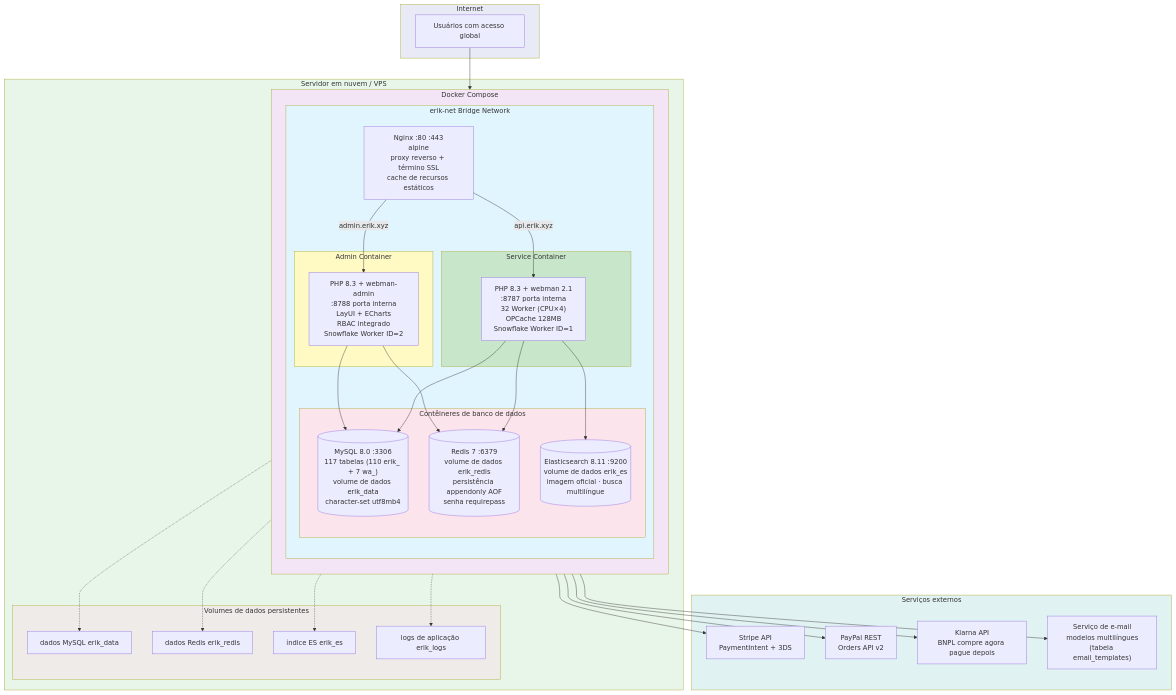
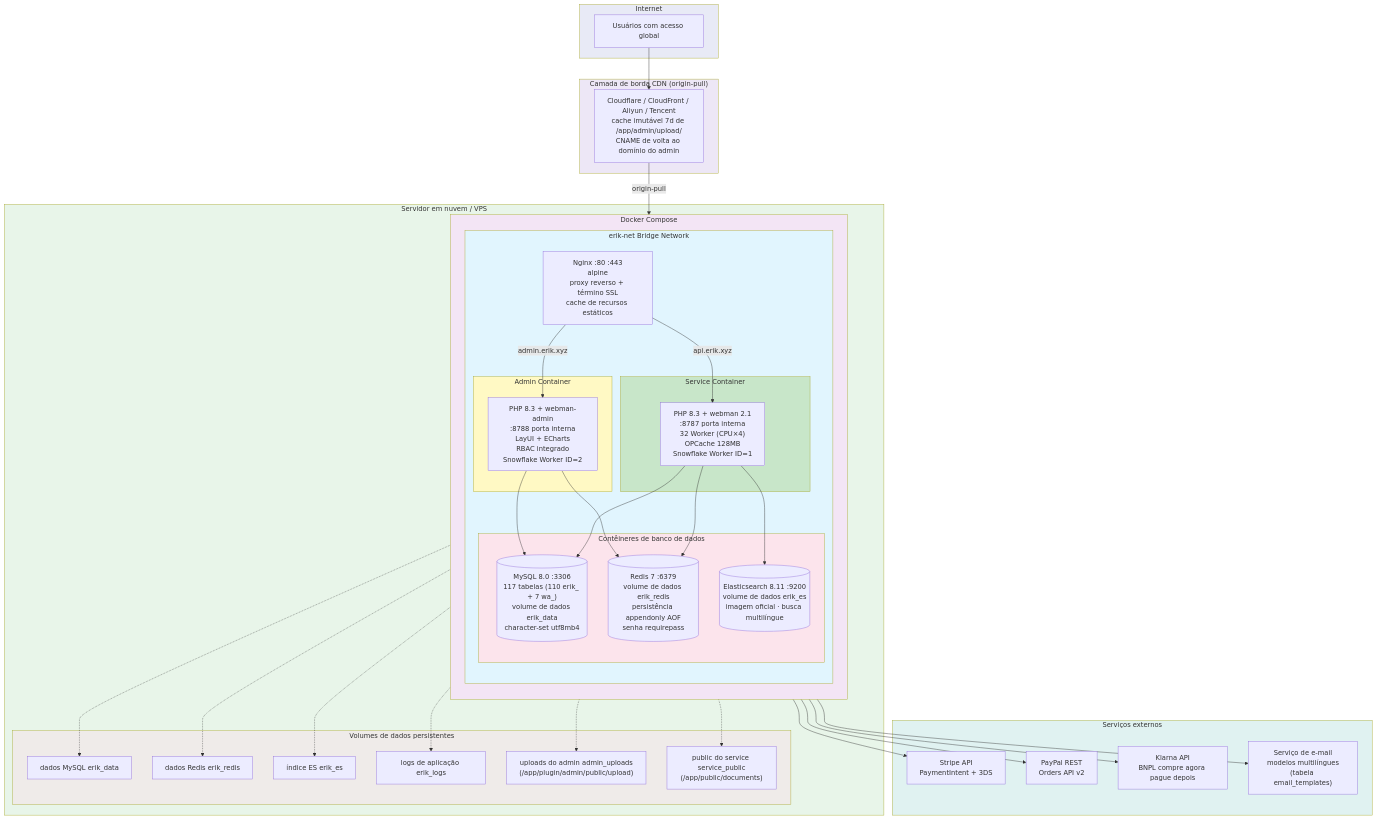
Before and after one commit to erikwang2013/erik-shop: the diagram in docs/i18n/pt/diagrams/06-deployment-architecture.mmd, drawn with Mermaid. The commit also changed 191 other files, not shown here.

First line of the commit message:
v1.2.0：CDN 内容分发接入（Origin-Pull 回源 + 四大云厂商适配 + 管理端配置/刷新/日志 + 上传持久化 + 全文档与12语言i18n同步 + Crypto 捐赠图文入库）

```diff
--- a/docs/i18n/pt/diagrams/06-deployment-architecture.mmd
+++ b/docs/i18n/pt/diagrams/06-deployment-architecture.mmd
@@ -1,71 +1,81 @@
 graph TB
     subgraph Internet["Internet"]
         User["Usuários com acesso global"]
+    end
+
+    subgraph CDN["Camada de borda CDN (origin-pull)"]
+        EDGE["Cloudflare / CloudFront / Aliyun / Tencent<br/>cache imutável 7d de /app/admin/upload/<br/>CNAME de volta ao domínio do admin"]
     end
 
     subgraph VPS["Servidor em nuvem / VPS"]
         subgraph Docker["Docker Compose"]
             direction TB
 
             subgraph Net["erik-net Bridge Network"]
                 direction TB
 
                 NGX["Nginx :80 :443<br/>alpine<br/>proxy reverso + término SSL<br/>cache de recursos estáticos"]
 
                 subgraph PHP_Service["Service Container"]
                     SVC["PHP 8.3 + webman 2.1<br/>:8787 porta interna<br/>32 Worker (CPU×4)<br/>OPCache 128MB<br/>Snowflake Worker ID=1"]
                 end
 
                 subgraph PHP_Admin["Admin Container"]
                     ADM["PHP 8.3 + webman-admin<br/>:8788 porta interna<br/>LayUI + ECharts<br/>RBAC integrado<br/>Snowflake Worker ID=2"]
                 end
 
                 subgraph DB["Contêineres de banco de dados"]
                     MYSQL[("MySQL 8.0 :3306<br/>117 tabelas (110 erik_ + 7 wa_)<br/>volume de dados erik_data<br/>character-set utf8mb4")]
                     REDIS[("Redis 7 :6379<br/>volume de dados erik_redis<br/>persistência appendonly AOF<br/>senha requirepass")]
                     ES[("Elasticsearch 8.11 :9200<br/>volume de dados erik_es<br/>imagem oficial · busca multilíngue")]
                 end
             end
         end
 
         subgraph Volumes["Volumes de dados persistentes"]
             V1["dados MySQL erik_data"]
             V2["dados Redis erik_redis"]
             V3["índice ES erik_es"]
             V4["logs de aplicação erik_logs"]
+            V5["uploads do admin admin_uploads<br/>(/app/plugin/admin/public/upload)"]
+            V6["public do service service_public<br/>(/app/public/documents)"]
         end
     end
 
     subgraph External["Serviços externos"]
         Stripe["Stripe API<br/>PaymentIntent + 3DS"]
         PayPal["PayPal REST<br/>Orders API v2"]
         Klarna["Klarna API<br/>BNPL compre agora pague depois"]
         SMTP["Serviço de e-mail<br/>modelos multilíngues<br/>(tabela email_templates)"]
     end
 
-    User --> NGX
+    User --> EDGE
+    EDGE -->|origin-pull| NGX
     NGX -->|api.erik.xyz| SVC
     NGX -->|admin.erik.xyz| ADM
     SVC --> MYSQL
     SVC --> REDIS
     SVC --> ES
     SVC --> Stripe
     SVC --> PayPal
     SVC --> Klarna
     SVC --> SMTP
     ADM --> MYSQL
     ADM --> REDIS
     MYSQL -.-> V1
     REDIS -.-> V2
     ES -.-> V3
     SVC -.-> V4
+    ADM -.-> V5
+    SVC -.-> V6
 
     style Internet fill:#e8eaf6
+    style CDN fill:#ede7f6
     style VPS fill:#e8f5e9
     style Docker fill:#f3e5f5
     style Net fill:#e1f5fe
     style PHP_Service fill:#c8e6c9
     style PHP_Admin fill:#fff9c4
     style DB fill:#fce4ec
     style Volumes fill:#efebe9
     style External fill:#e0f2f1
```
